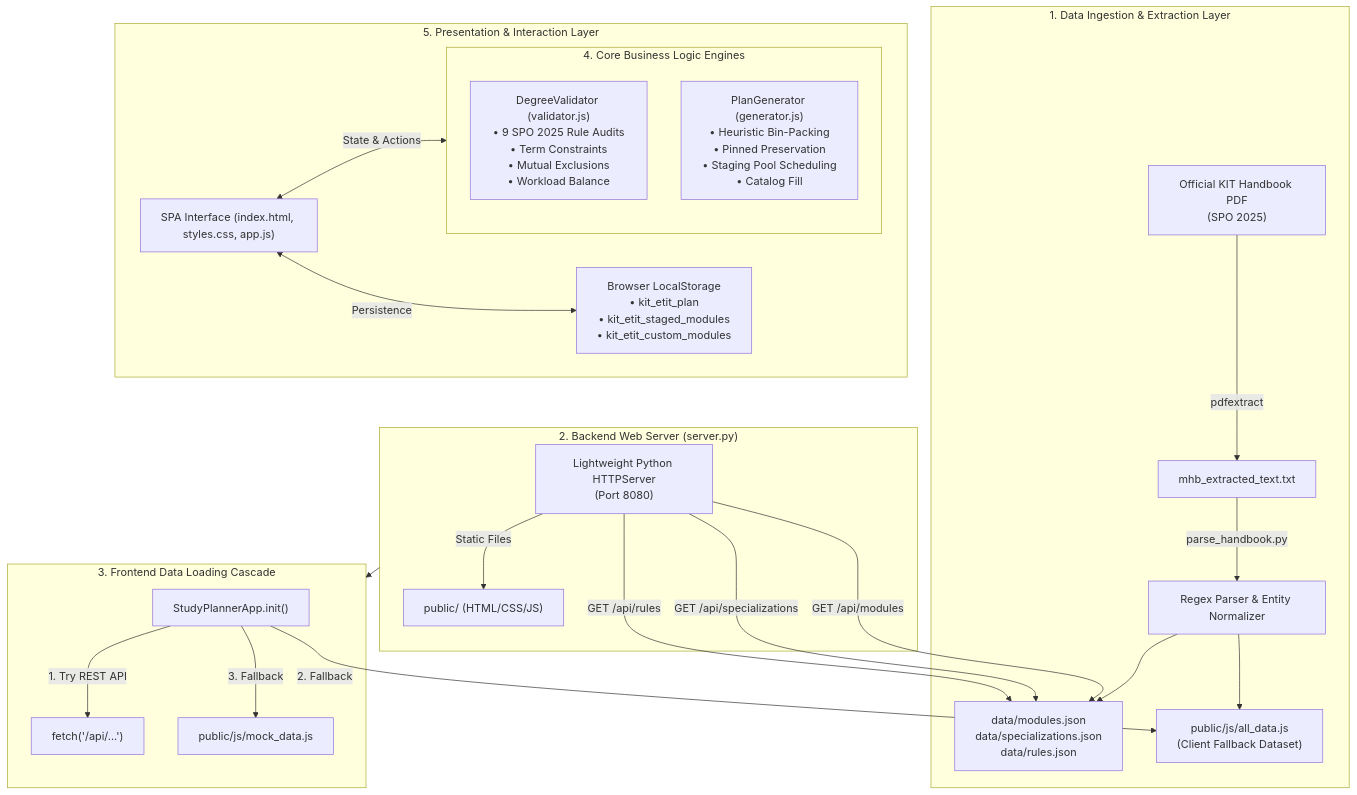
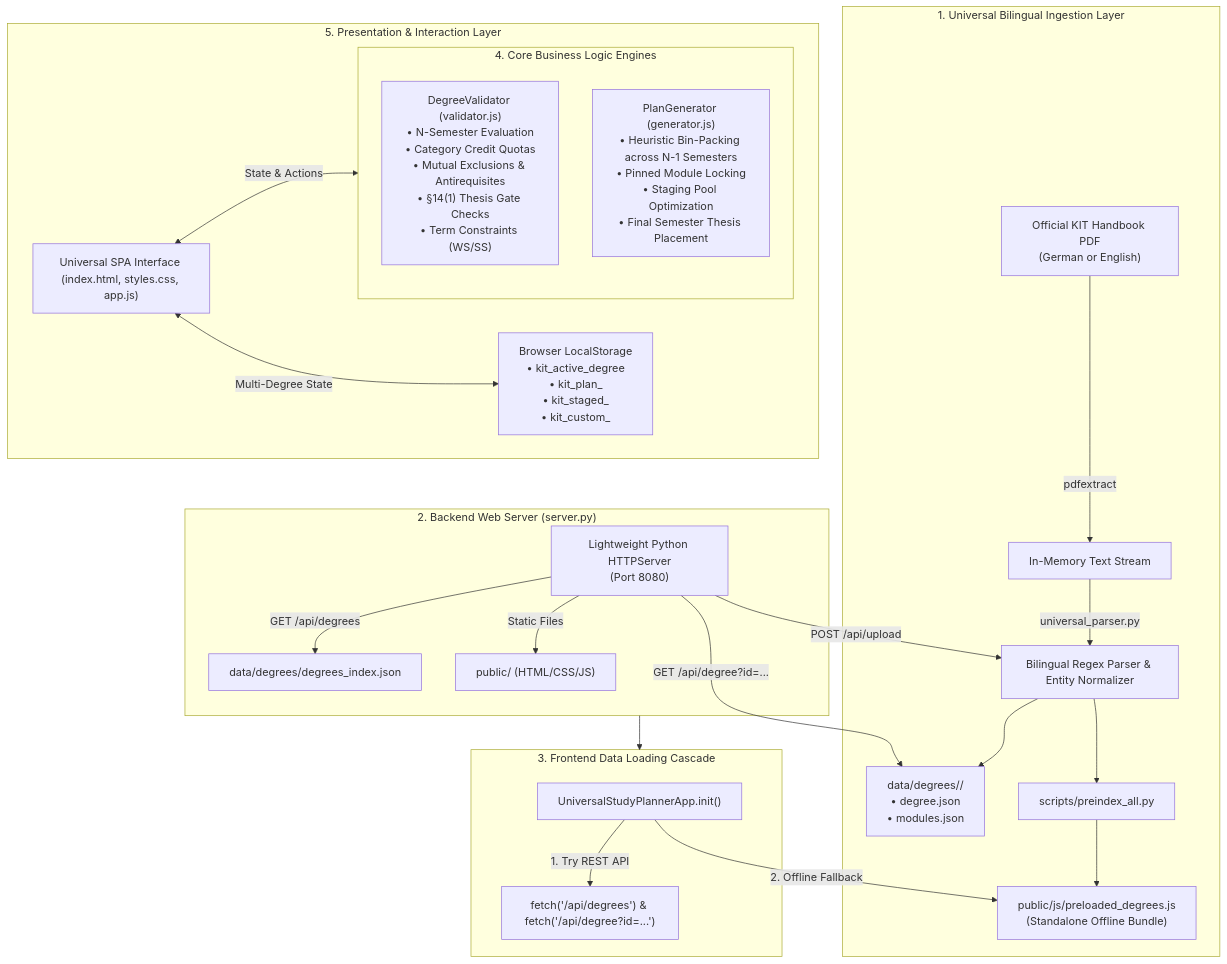
Before and after one commit to Average-memer/Modulhandbuch-tool: the diagram in DOCUMENTATION.md, drawn with Mermaid. The commit also changed other lines of this file and 47 other files, not shown here.

Commit message:
feat: add modular degree data structures and universal handbook parser

````diff
--- a/DOCUMENTATION.md
+++ b/DOCUMENTATION.md
@@ -24,37 +23,37 @@
 ```mermaid
 flowchart TD
-    subgraph DataIngestion["1. Data Ingestion & Extraction Layer"]
-        PDF["Official KIT Handbook PDF<br/>(SPO 2025)"] -->|pdfextract| RawText["mhb_extracted_text.txt"]
-        RawText -->|parse_handbook.py| Parser["Regex Parser & Entity Normalizer"]
-        Parser --> DataJSON["data/modules.json<br/>data/specializations.json<br/>data/rules.json"]
-        Parser --> JSData["public/js/all_data.js<br/>(Client Fallback Dataset)"]
+    subgraph DataIngestion["1. Universal Bilingual Ingestion Layer"]
+        PDF["Official KIT Handbook PDF<br/>(German or English)"] -->|pdfextract| RawText["In-Memory Text Stream"]
+        RawText -->|universal_parser.py| Parser["Bilingual Regex Parser & Entity Normalizer"]
+        Parser --> DataJSON["data/degrees/<slug>/<br/>• degree.json<br/>• modules.json"]
+        Parser --> Preindex["scripts/preindex_all.py"]
+        Preindex --> JSData["public/js/preloaded_degrees.js<br/>(Standalone Offline Bundle)"]
     end
 
     subgraph Backend["2. Backend Web Server (server.py)"]
         Server["Lightweight Python HTTPServer<br/>(Port 8080)"]
-        Server -->|GET /api/modules| DataJSON
-        Server -->|GET /api/specializations| DataJSON
-        Server -->|GET /api/rules| DataJSON
+        Server -->|GET /api/degrees| DegreesIndex["data/degrees/degrees_index.json"]
+        Server -->|GET /api/degree?id=...| DataJSON
+        Server -->|POST /api/upload| Parser
         Server -->|Static Files| PublicDir["public/ (HTML/CSS/JS)"]
     end
 
     subgraph ClientData["3. Frontend Data Loading Cascade"]
-        AppInit["StudyPlannerApp.init()"]
-        AppInit -->|1. Try REST API| FetchAPI["fetch('/api/...')"]
-        AppInit -->|2. Fallback| JSData
-        AppInit -->|3. Fallback| MockData["public/js/mock_data.js"]
+        AppInit["UniversalStudyPlannerApp.init()"]
+        AppInit -->|1. Try REST API| FetchAPI["fetch('/api/degrees') & fetch('/api/degree?id=...')"]
+        AppInit -->|2. Offline Fallback| JSData
     end
 
     subgraph ClientEngines["4. Core Business Logic Engines"]
-        Validator["DegreeValidator (validator.js)<br/>• 9 SPO 2025 Rule Audits<br/>• Term Constraints<br/>• Mutual Exclusions<br/>• Workload Balance"]
-        Generator["PlanGenerator (generator.js)<br/>• Heuristic Bin-Packing<br/>• Pinned Preservation<br/>• Staging Pool Scheduling<br/>• Catalog Fill"]
+        Validator["DegreeValidator (validator.js)<br/>• N-Semester Evaluation<br/>• Category Credit Quotas<br/>• Mutual Exclusions & Antirequisites<br/>• §14(1) Thesis Gate Checks<br/>• Term Constraints (WS/SS)"]
+        Generator["PlanGenerator (generator.js)<br/>• Heuristic Bin-Packing across N-1 Semesters<br/>• Pinned Module Locking<br/>• Staging Pool Optimization<br/>• Final Semester Thesis Placement"]
     end
 
     subgraph ClientUI["5. Presentation & Interaction Layer"]
-        UI["SPA Interface (index.html, styles.css, app.js)"]
+        UI["Universal SPA Interface (index.html, styles.css, app.js)"]
         UI <-->|State & Actions| ClientEngines
-        UI <-->|Persistence| LocalStorage["Browser LocalStorage<br/>• kit_etit_plan<br/>• kit_etit_staged_modules<br/>• kit_etit_custom_modules"]
+        UI <-->|Multi-Degree State| LocalStorage["Browser LocalStorage<br/>• kit_active_degree<br/>• kit_plan_<degreeId><br/>• kit_staged_<degreeId><br/>• kit_custom_<degreeId>"]
     end
 
     Backend --> ClientData
 ```
````
